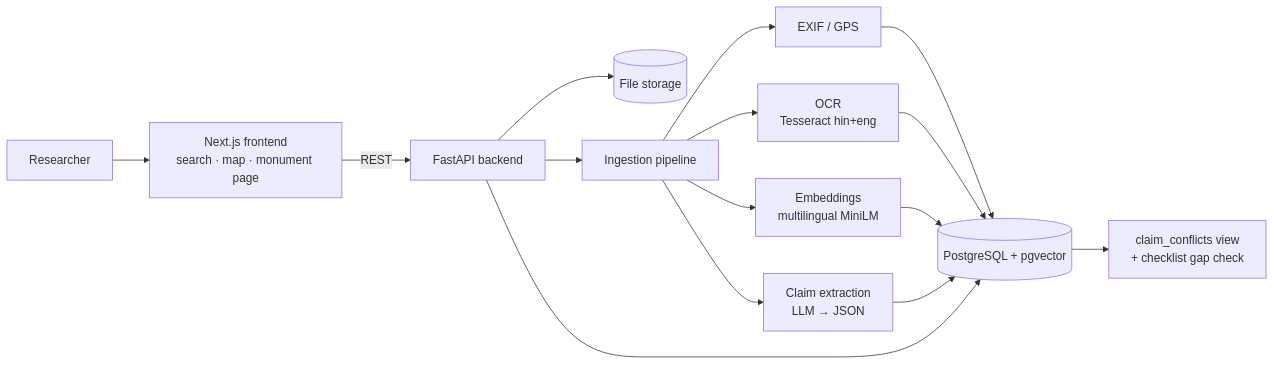
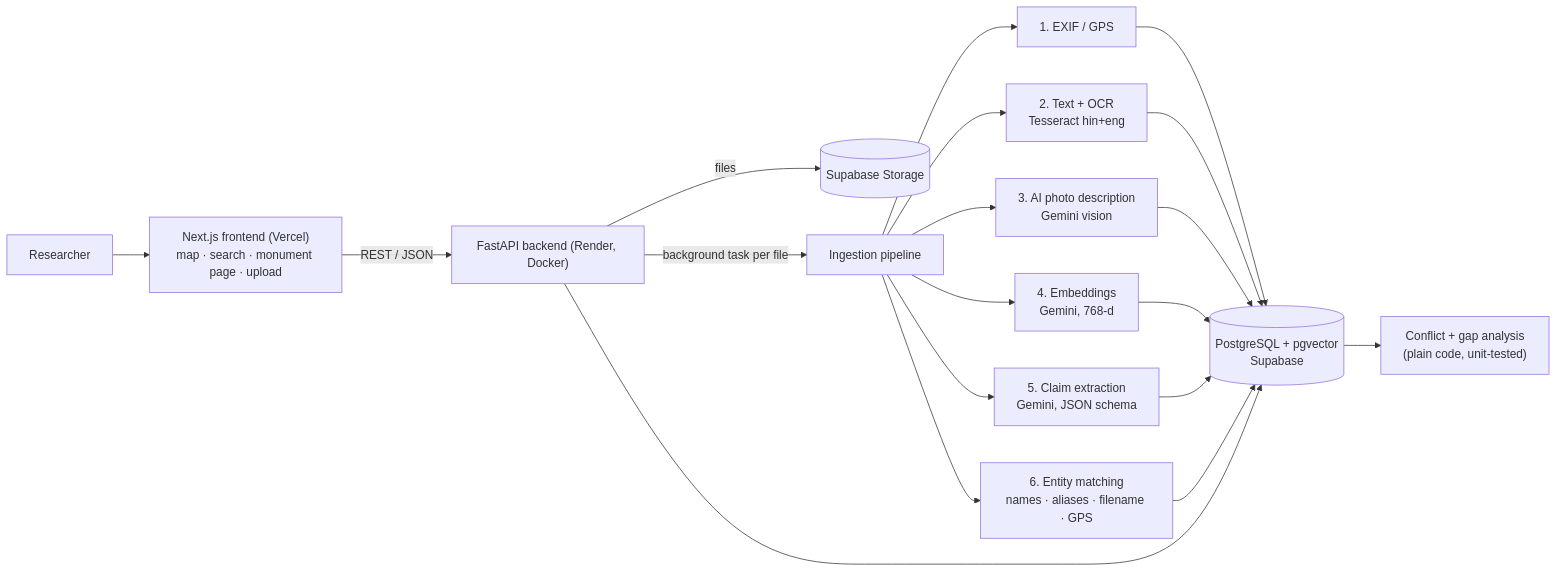
Before and after one commit to manaswimahurkar/kathagraph: the first of 2 diagrams in README.md, drawn with Mermaid. The commit also changed other lines of this file and 9 other files, not shown here.

Commit message:
Add README with architecture and schema diagrams, and unit tests

````diff
--- a/README.md
+++ b/README.md
@@ -9,14 +46,16 @@
 ```mermaid
 flowchart LR
-    U[Researcher] --> FE[Next.js frontend<br/>search · map · monument page]
-    FE -->|REST| API[FastAPI backend]
-    API --> ST[(File storage)]
-    API --> P[Ingestion pipeline]
-    P --> E1[EXIF / GPS]
-    P --> E2[OCR<br/>Tesseract hin+eng]
-    P --> E3[Embeddings<br/>multilingual MiniLM]
-    P --> E4[Claim extraction<br/>LLM → JSON]
-    E1 & E2 & E3 & E4 --> DB[(PostgreSQL + pgvector)]
+    U[Researcher] --> FE["Next.js frontend (Vercel)<br/>map · search · monument page · upload"]
+    FE -->|REST / JSON| API["FastAPI backend (Render, Docker)"]
+    API -->|files| ST[(Supabase Storage)]
+    API -->|background task per file| P[Ingestion pipeline]
+    P --> S1[1. EXIF / GPS]
+    P --> S2["2. Text + OCR<br/>Tesseract hin+eng"]
+    P --> S3["3. AI photo description<br/>Gemini vision"]
+    P --> S4["4. Embeddings<br/>Gemini, 768-d"]
+    P --> S5["5. Claim extraction<br/>Gemini, JSON schema"]
+    P --> S6["6. Entity matching<br/>names · aliases · filename · GPS"]
+    S1 & S2 & S3 & S4 & S5 & S6 --> DB[("PostgreSQL + pgvector<br/>Supabase")]
     API --> DB
-    DB --> V[claim_conflicts view<br/>+ checklist gap check]
+    DB --> A["Conflict + gap analysis<br/>(plain code, unit-tested)"]
 ```
````
